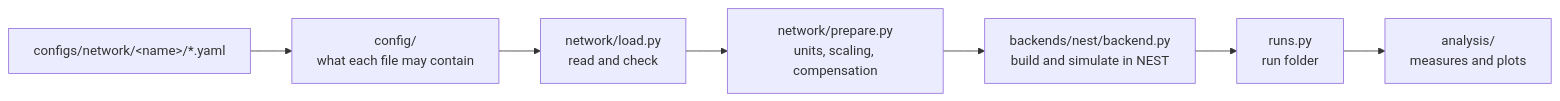
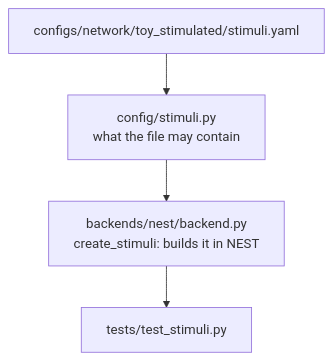
Before and after one commit to shimoura/microcircuit-lab: the first of 2 diagrams in CONTRIBUTING.md, drawn with Mermaid. The commit also changed other lines of this file and 7 other files, not shown here.

````diff
--- a/CONTRIBUTING.md
+++ b/CONTRIBUTING.md
@@ -19,9 +19,7 @@
 ```mermaid
-flowchart LR
-  F["configs/network/&lt;name&gt;/*.yaml"] --> C["config/<br/>what each file may contain"]
-  C --> L["network/load.py<br/>read and check"]
-  L --> P["network/prepare.py<br/>units, scaling, compensation"]
-  P --> B["backends/nest/backend.py<br/>build and simulate in NEST"]
-  B --> R["runs.py<br/>run folder"]
-  R --> A["analysis/<br/>measures and plots"]
+%%{init: {"flowchart": {"wrappingWidth": 400}}}%%
+flowchart TD
+  Y["configs/network/toy_stimulated/stimuli.yaml"] --> C["config/stimuli.py<br/>what the file may contain"]
+  C --> B["backends/nest/backend.py<br/>create_stimuli: builds it in NEST"]
+  B --> T["tests/test_stimuli.py"]
 ```
````
